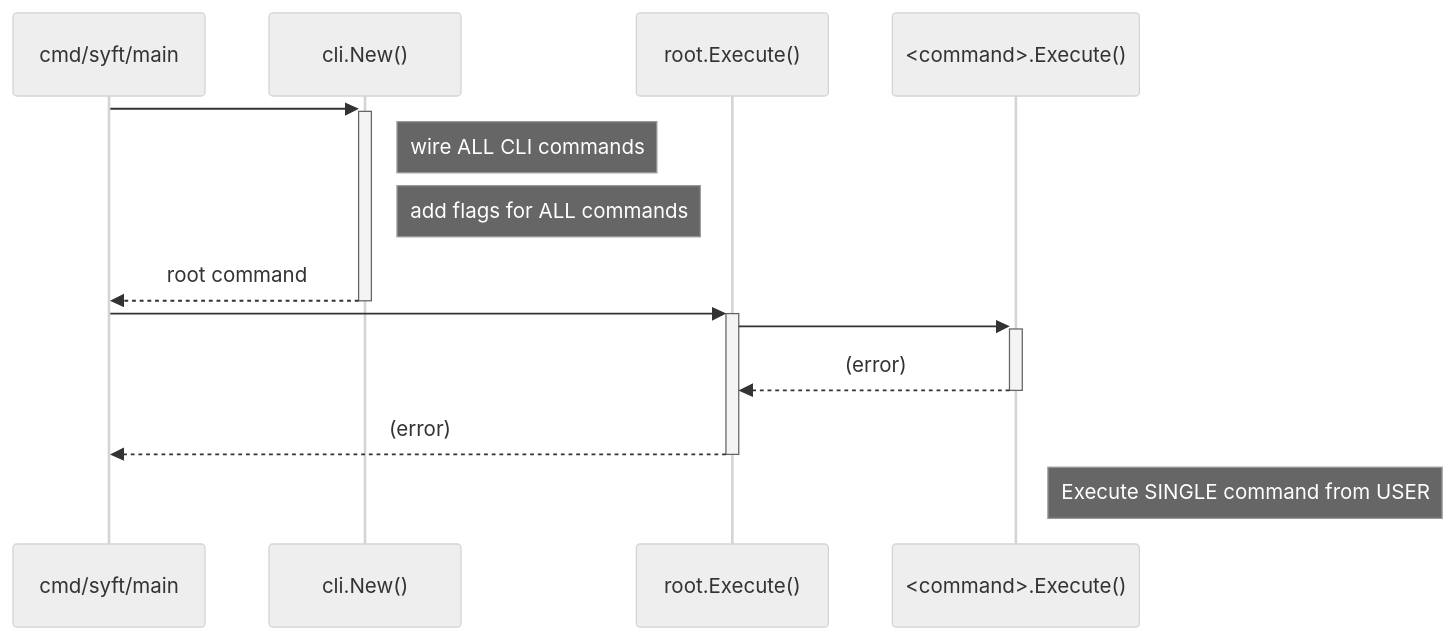
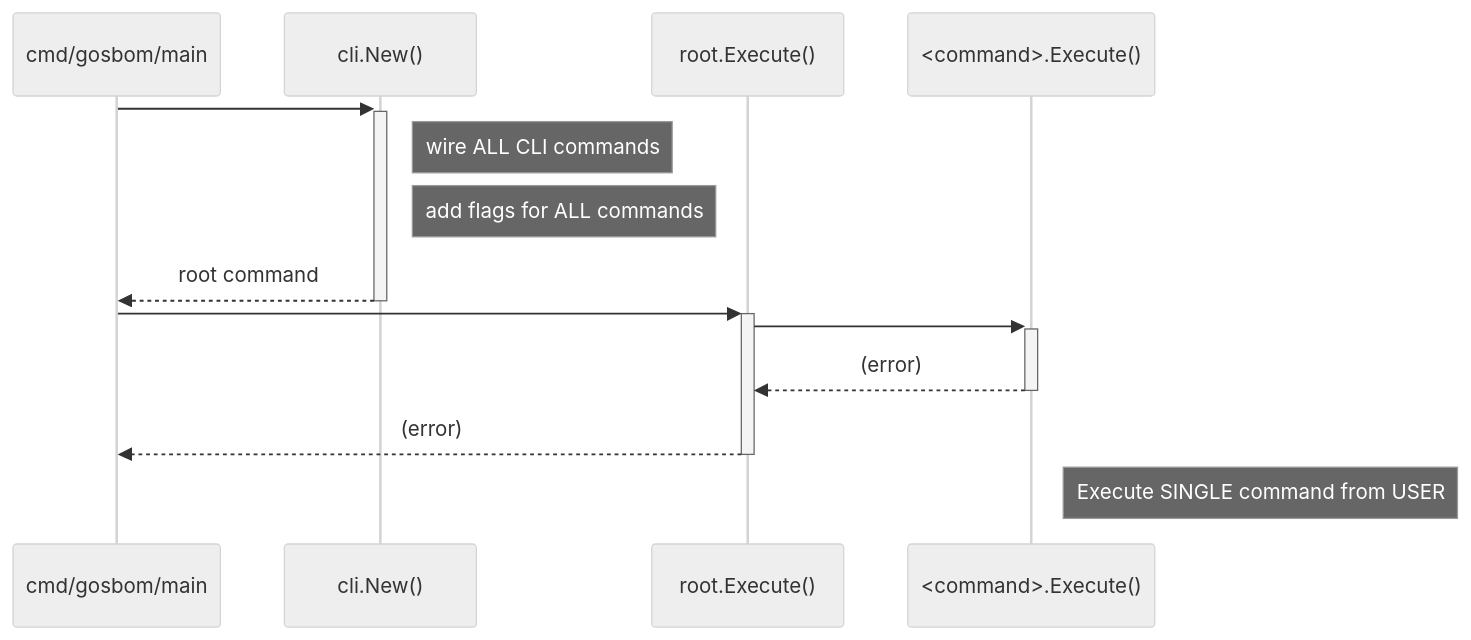
Before and after one commit to renovate-bot/NeXTLinux-_-gosbomx: the first of 2 diagrams in DEVELOPING.md, drawn with Mermaid (neutral theme). The commit also changed other lines of this file and 488 other files, not shown here.

````diff
--- a/DEVELOPING.md
+++ b/DEVELOPING.md
@@ -55,22 +55,22 @@
 ```mermaid
 sequenceDiagram
-    participant main as cmd/syft/main
+    participant main as cmd/gosbom/main
     participant cli as cli.New()
     participant root as root.Execute()
     participant cmd as <command>.Execute()
 
     main->>+cli: 
 
     Note right of cli: wire ALL CLI commands
     Note right of cli: add flags for ALL commands
 
     cli-->>-main:  root command 
 
     main->>+root: 
     root->>+cmd: 
     cmd-->>-root: (error)  
 
     root-->>-main: (error) 
 
     Note right of cmd: Execute SINGLE command from USER
 ```
````
